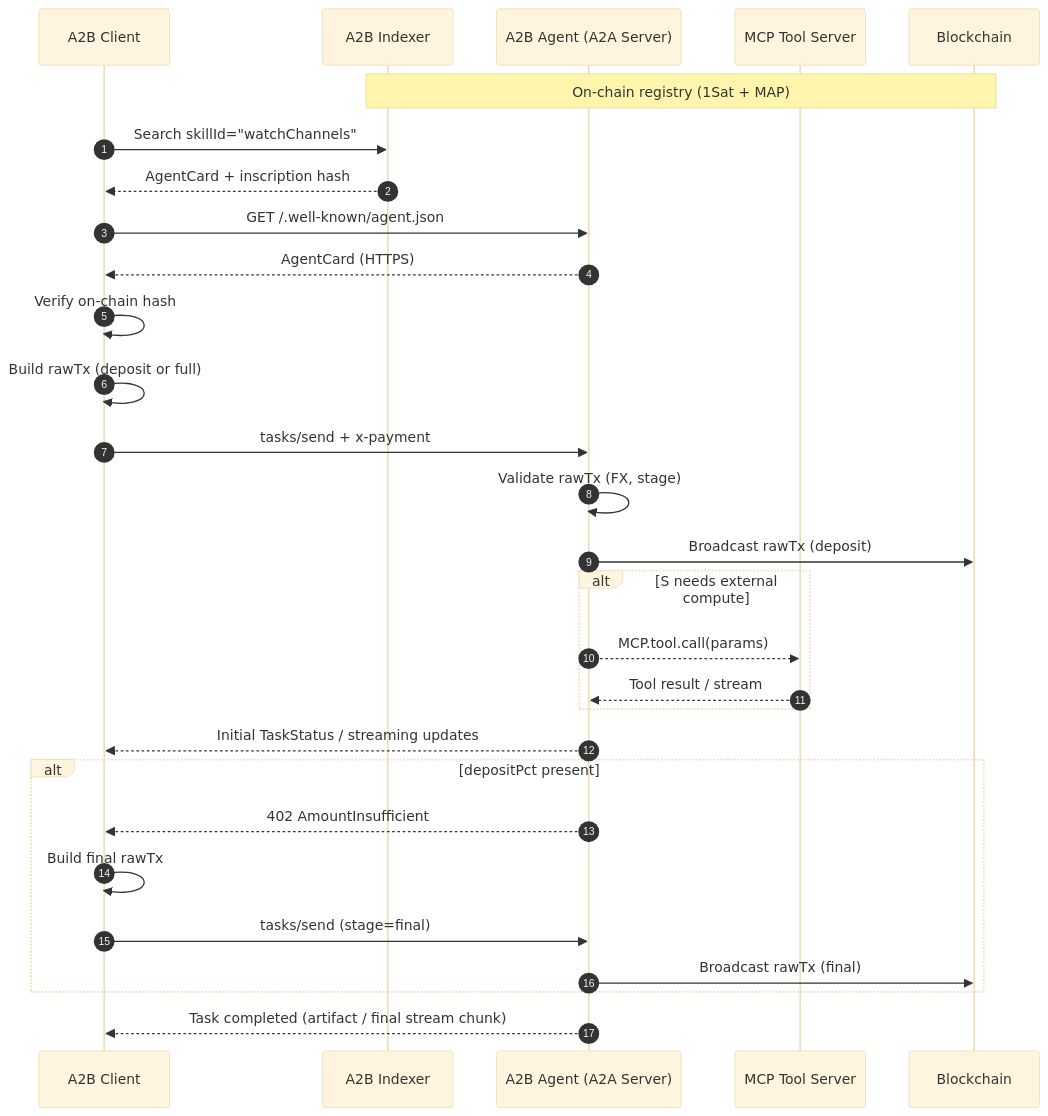
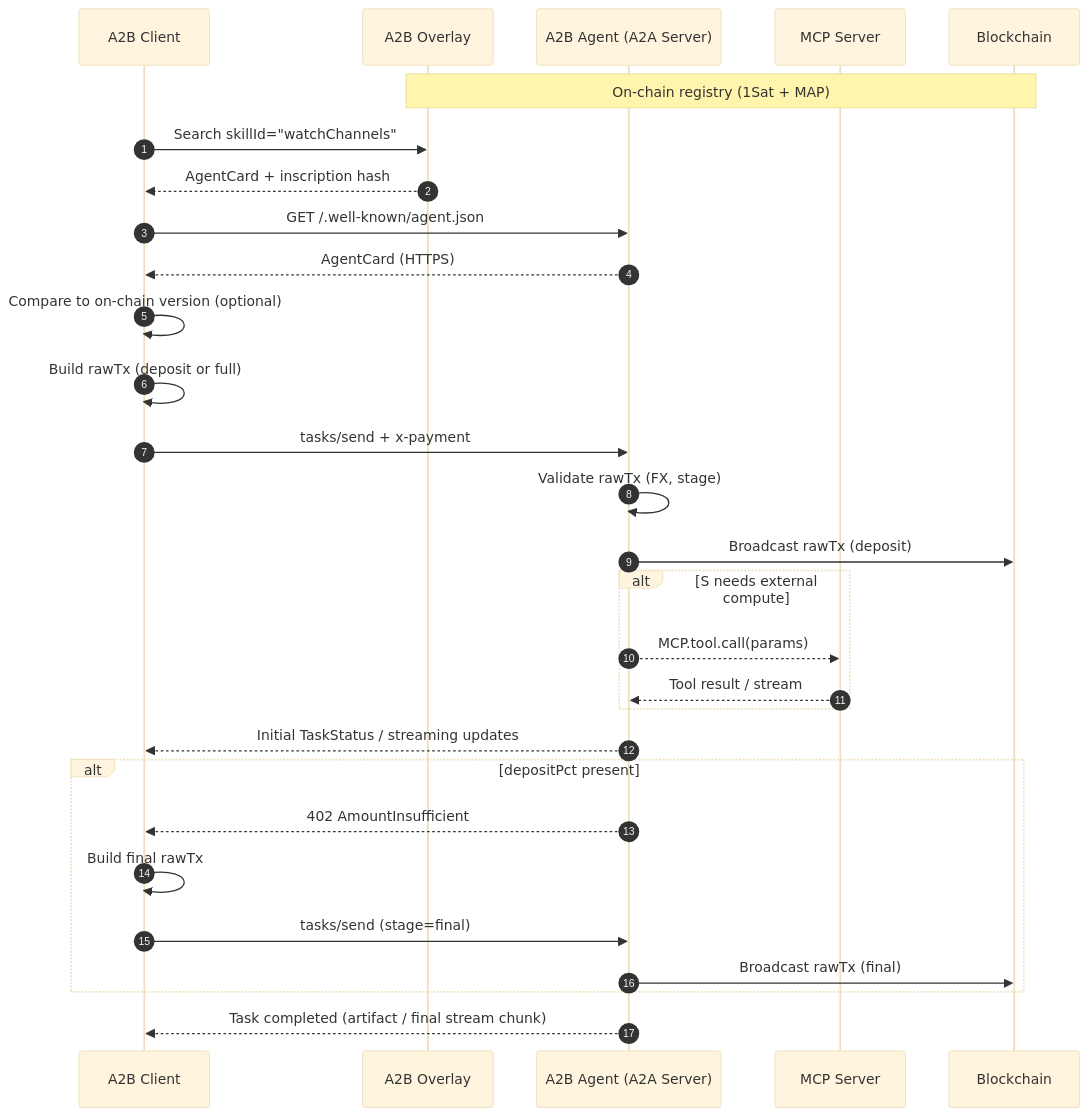
One commit to b-open-io/bsv-mcp changed the diagram in docs/a2b.md. Above: the diagram before and after it, drawn with Mermaid (base theme). The commit also changed other lines of this file, not shown here.

Commit message:
Update A2B documentation: modify references from "indexer" to "overlay," clarify the role of the MCP server, and enhance the description of the discovery process for improved accuracy and understanding.

````diff
--- a/docs/a2b.md
+++ b/docs/a2b.md
@@ -63,39 +63,39 @@
 ```mermaid
 sequenceDiagram
     autonumber
     participant C as A2B Client
-    participant I as A2B Indexer
+    participant I as A2B Overlay
     participant S as A2B Agent (A2A Server)
-    participant T as MCP Tool Server
+    participant T as MCP Server
     participant B as Blockchain
 
     Note over I,B: On‑chain registry (1Sat + MAP)
 
     C->>I: Search skillId="watchChannels"
     I-->>C: AgentCard + inscription hash
 
     C->>S: GET /.well-known/agent.json
     S-->>C: AgentCard (HTTPS)
-    C->>C: Verify on‑chain hash
+    C->>C: Compare to on‑chain version (optional)
 
     C->>C: Build rawTx (deposit or full)
     C->>S: tasks/send + x‑payment
     S->>S: Validate rawTx (FX, stage)
     S->>B: Broadcast rawTx (deposit)
 
     alt S needs external compute
         S-->>T: MCP.tool.call(params)
         T-->>S: Tool result / stream
     end
 
     S-->>C: Initial TaskStatus / streaming updates
 
     alt depositPct present
         S-->>C: 402 AmountInsufficient
         C->>C: Build final rawTx
         C->>S: tasks/send (stage=final)
         S->>B: Broadcast rawTx (final)
     end
 
     S-->>C: Task completed (artifact / final stream chunk)
 ```
````
